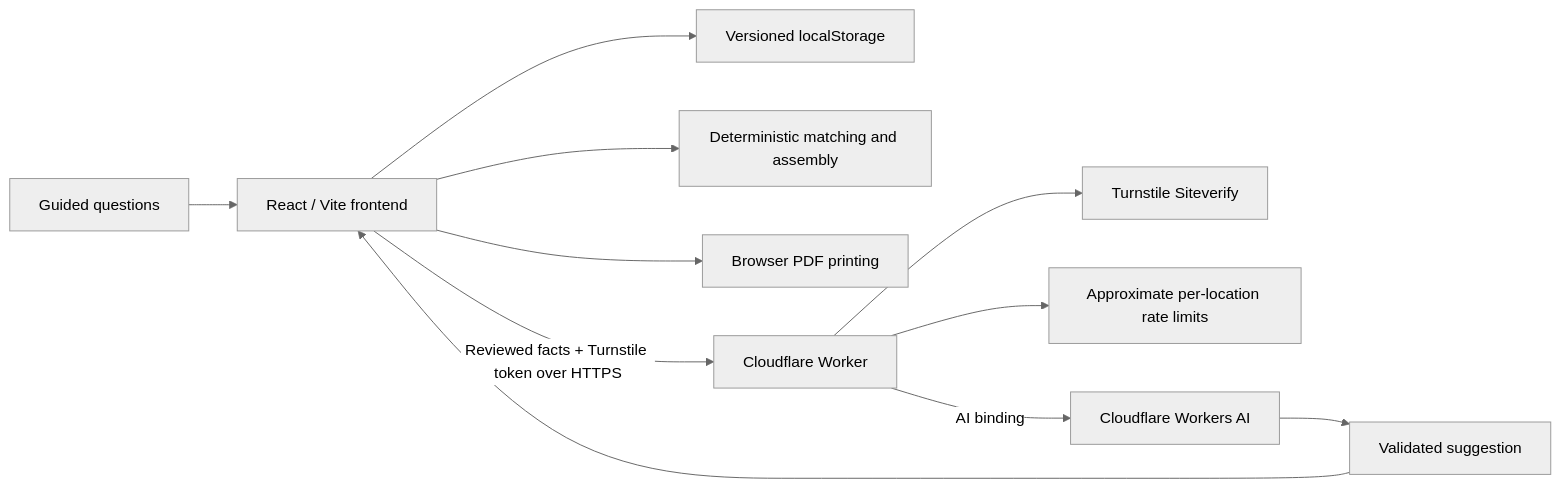
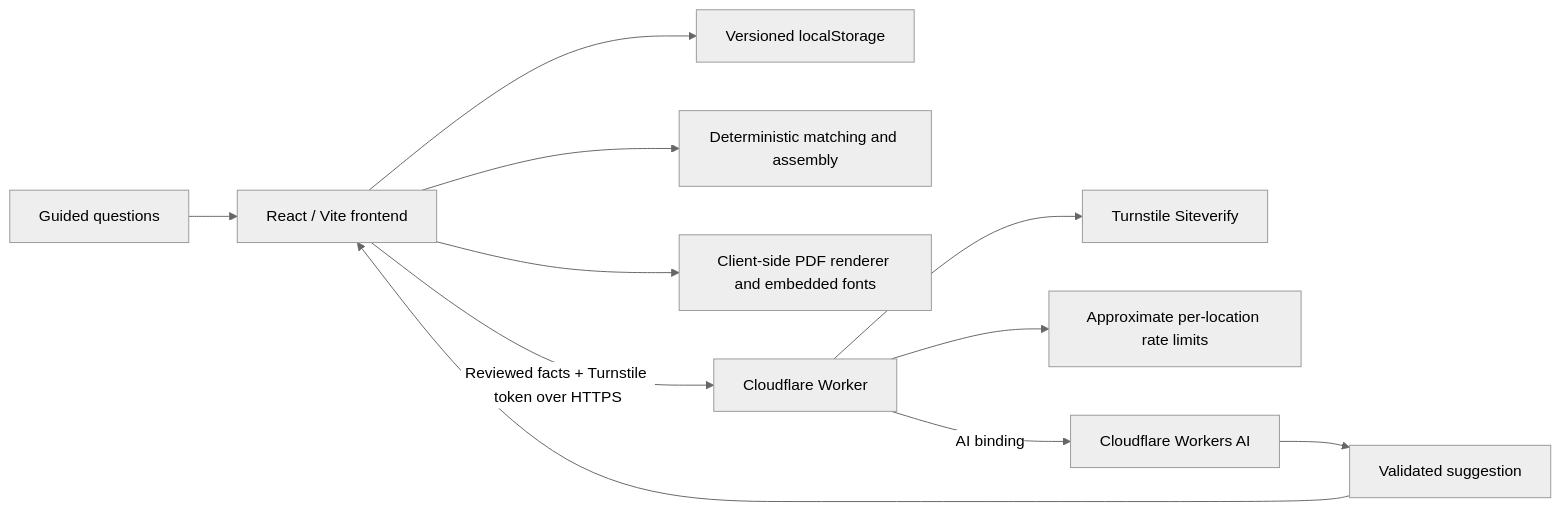
One commit to itspksharma/GetYourResume changed the diagram in README.md. Above: the diagram before and after it, drawn with Mermaid (neutral theme). The commit also changed other lines of this file and 41 other files, not shown here.

````diff
--- a/README.md
+++ b/README.md
@@ -40,13 +40,13 @@
 ```mermaid
 flowchart LR
   User[Guided questions] --> Web[React / Vite frontend]
   Web --> Local[Versioned localStorage]
   Web --> Rules[Deterministic matching and assembly]
-  Web --> Print[Browser PDF printing]
+  Web --> Print[Client-side PDF renderer and embedded fonts]
   Web -->|Reviewed facts + Turnstile token over HTTPS| Worker[Cloudflare Worker]
   Worker --> Verify[Turnstile Siteverify]
   Worker --> Limits[Approximate per-location rate limits]
   Worker -->|AI binding| AI[Cloudflare Workers AI]
   AI --> Review[Validated suggestion]
   Review --> Web
 ```
````
